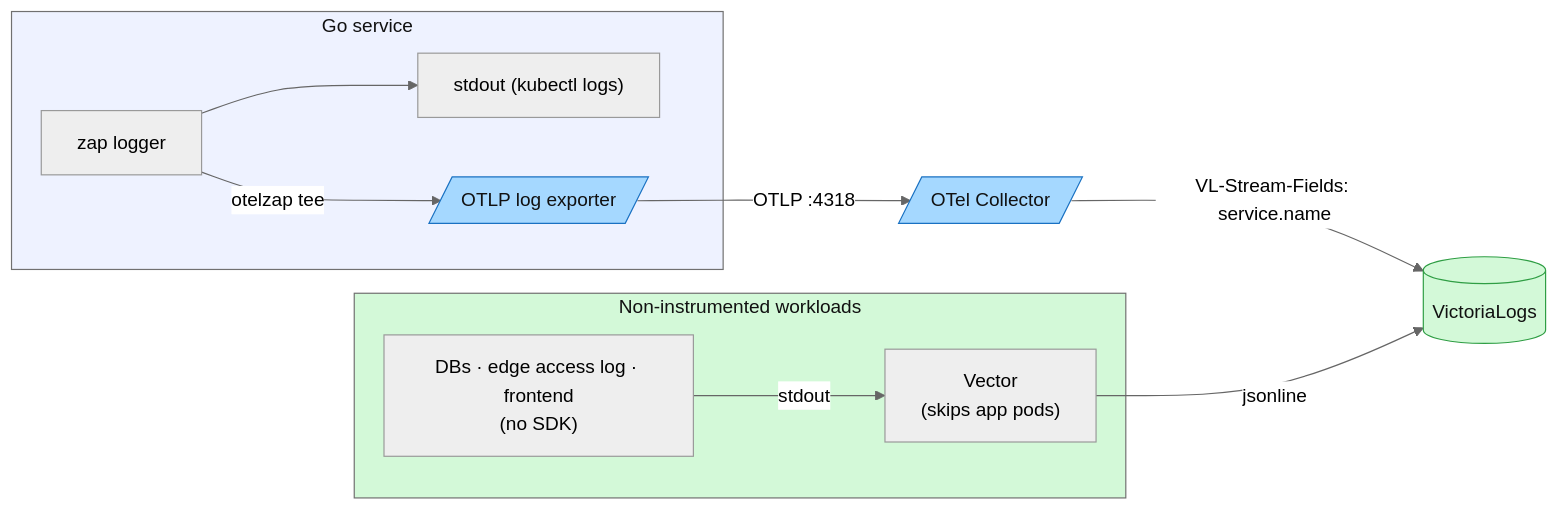
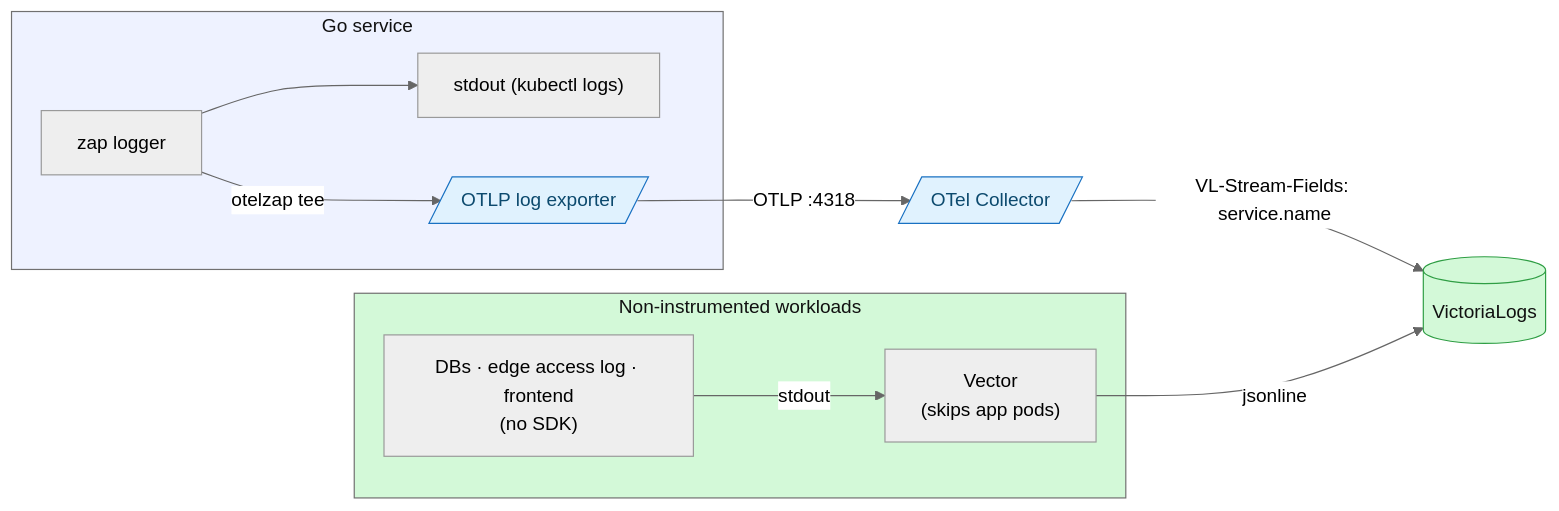
One commit to duynhlab/homelab changed the fifth of 8 diagrams in docs/observability/opentelemetry/fundamentals.md. Above: the diagram before and after it, drawn with Mermaid (neutral theme). The commit also changed other lines of this file and 174 other files, not shown here.

First line of the commit message:
Soft-tint diagram palette, a signal-flow diagram, a Linux-ready Draw.io skill

````diff
--- a/docs/observability/opentelemetry/fundamentals.md
+++ b/docs/observability/opentelemetry/fundamentals.md
@@ -297,22 +297,22 @@
 ```mermaid
 flowchart LR
     subgraph svc["Go service"]
         z["zap logger"]
         z --> so["stdout (kubectl logs)"]
         z -->|"otelzap tee"| ex[/"OTLP log exporter"/]
     end
     subgraph noni["Non-instrumented workloads"]
         infra["DBs · edge access log · frontend<br/>(no SDK)"]
         vec["Vector<br/>(skips app pods)"]
         infra -->|"stdout"| vec
     end
     ex -->|"OTLP :4318"| col[/"OTel Collector"/]
     col -->|"VL-Stream-Fields: service.name"| vl[(VictoriaLogs)]
     vec -->|"jsonline"| vl
-    classDef otc fill:#a5d8ff,stroke:#1971c2,color:#111;
+    classDef otc fill:#e0f2fe,stroke:#1971c2,color:#0c4a6e;
     classDef log fill:#d3f9d8,stroke:#2f9e44,color:#111;
     class ex,col otc;
     class vl log;
     style svc fill:#eef2ff,color:#111;
     style noni fill:#d3f9d8,color:#111;
 ```
````
